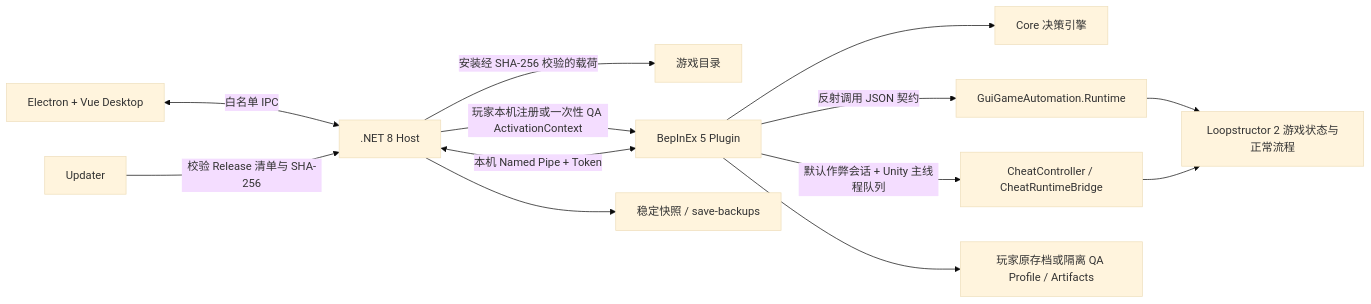
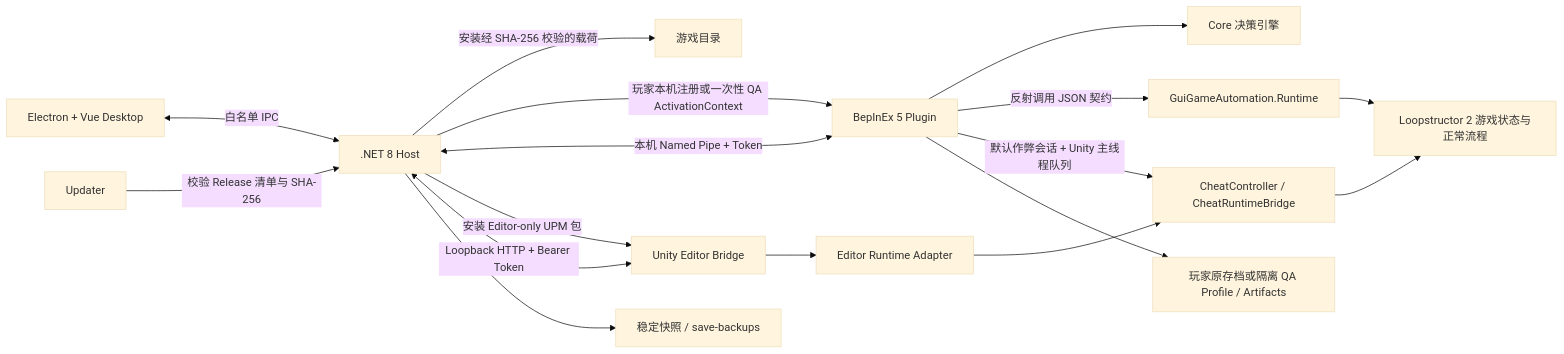
Before and after one commit to yingyu4451/Loopstructor-2-AutoPlayer: the diagram in docs/architecture.md, drawn with Mermaid (base theme). The commit also changed other lines of this file and 52 other files, not shown here.

Commit message:
feat: add Unity Editor bridge support

````diff
--- a/docs/architecture.md
+++ b/docs/architecture.md
@@ -9,15 +9,19 @@
 ```mermaid
 flowchart LR
     D["Electron + Vue Desktop"] <-->|"白名单 IPC"| M[".NET 8 Host"]
     M -->|"安装经 SHA-256 校验的载荷"| G["游戏目录"]
     M -->|"玩家本机注册或一次性 QA ActivationContext"| P["BepInEx 5 Plugin"]
     M <-->|"本机 Named Pipe + Token"| P
+    M -->|"安装 Editor-only UPM 包"| E["Unity Editor Bridge"]
+    M <-->|"Loopback HTTP + Bearer Token"| E
+    E --> X["Editor Runtime Adapter"]
+    X --> H
     P --> C["Core 决策引擎"]
     P -->|"反射调用 JSON 契约"| R["GuiGameAutomation.Runtime"]
     R --> S["Loopstructor 2 游戏状态与正常流程"]
     P -->|"默认作弊会话 + Unity 主线程队列"| H["CheatController / CheatRuntimeBridge"]
     H --> S
     P --> Q["玩家原存档或隔离 QA Profile / Artifacts"]
     M --> B["稳定快照 / save-backups"]
     U["Updater"] -->|"校验 Release 清单与 SHA-256"| M
 ```
````
